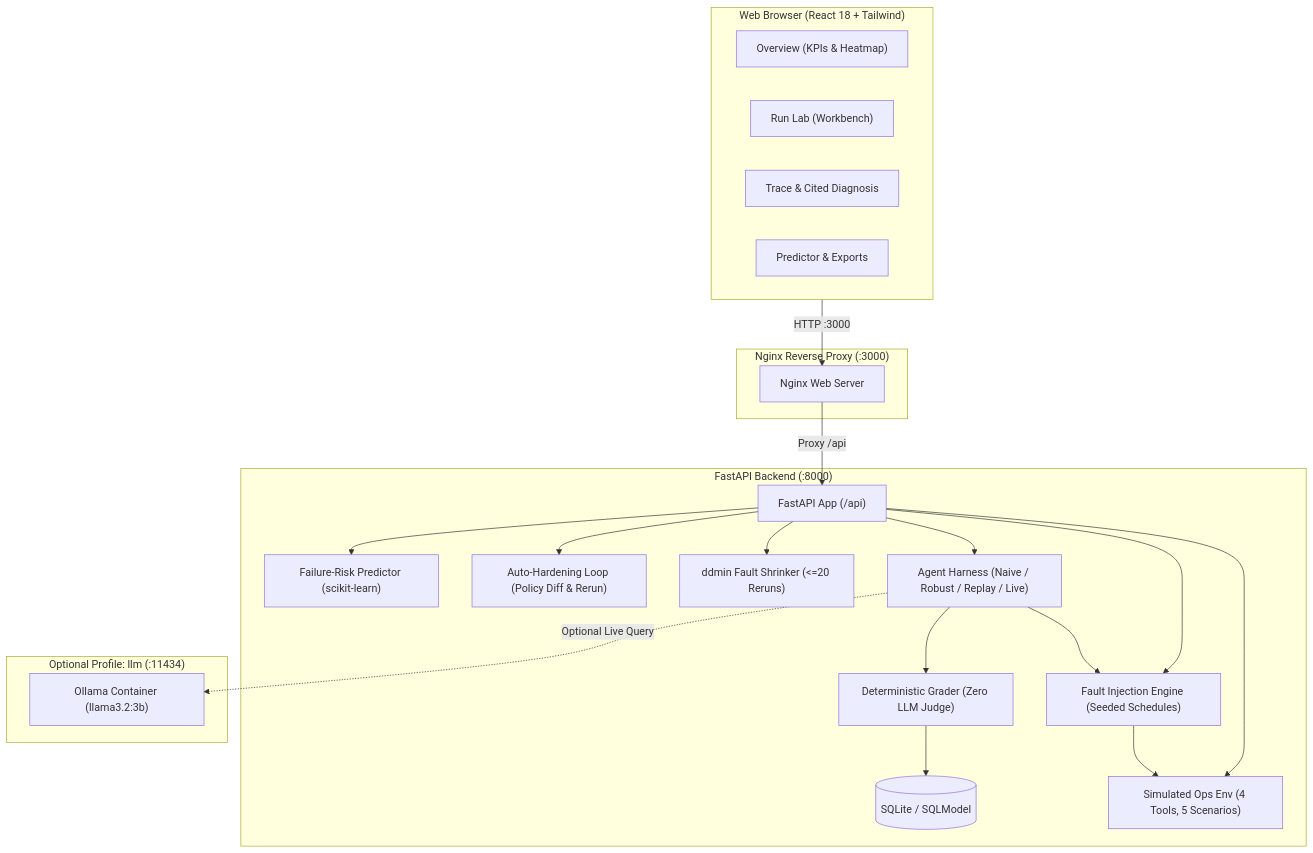
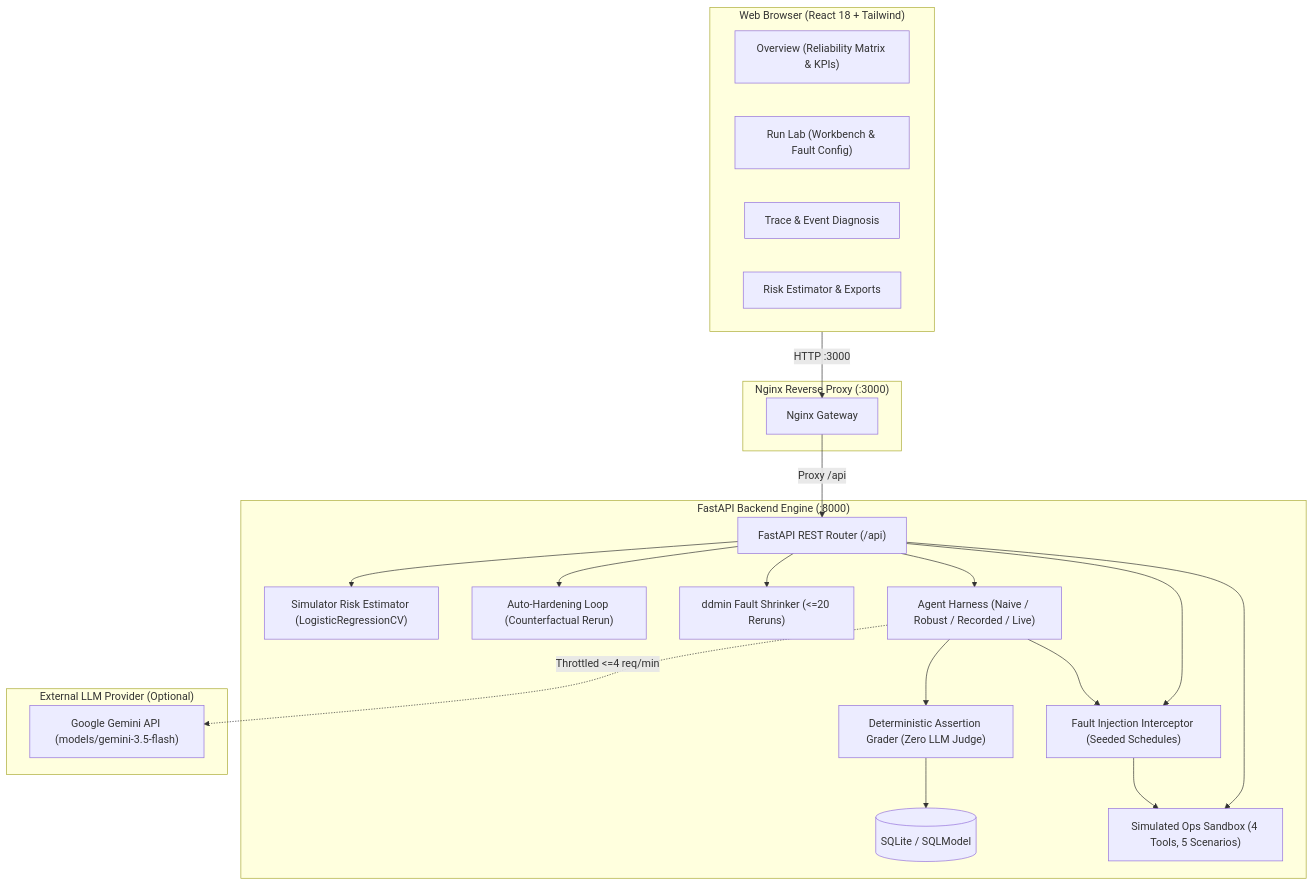
Before and after one commit to AryaSingh16/agentProbe: the diagram in README.md, drawn with Mermaid. The commit also changed other lines of this file and 6 other files, not shown here.

````diff
--- a/README.md
+++ b/README.md
@@ -9,43 +120,43 @@
 ```mermaid
 flowchart TD
     subgraph Client["Web Browser (React 18 + Tailwind)"]
-        UI_Overview["Overview (KPIs & Heatmap)"]
-        UI_Lab["Run Lab (Workbench)"]
-        UI_Trace["Trace & Cited Diagnosis"]
-        UI_Insights["Predictor & Exports"]
+        UI_Overview["Overview (Reliability Matrix & KPIs)"]
+        UI_Lab["Run Lab (Workbench & Fault Config)"]
+        UI_Trace["Trace & Event Diagnosis"]
+        UI_Insights["Risk Estimator & Exports"]
     end
 
     subgraph Gateway["Nginx Reverse Proxy (:3000)"]
-        Nginx["Nginx Web Server"]
+        Nginx["Nginx Gateway"]
     end
 
-    subgraph Backend["FastAPI Backend (:8000)"]
-        API["FastAPI App (/api)"]
-        Env["Simulated Ops Env (4 Tools, 5 Scenarios)"]
-        Faults["Fault Injection Engine (Seeded Schedules)"]
-        Agents["Agent Harness (Naive / Robust / Replay / Live)"]
-        Grader["Deterministic Grader (Zero LLM Judge)"]
+    subgraph Backend["FastAPI Backend Engine (:8000)"]
+        API["FastAPI REST Router (/api)"]
+        Env["Simulated Ops Sandbox (4 Tools, 5 Scenarios)"]
+        Faults["Fault Injection Interceptor (Seeded Schedules)"]
+        Agents["Agent Harness (Naive / Robust / Recorded / Live)"]
+        Grader["Deterministic Assertion Grader (Zero LLM Judge)"]
         Shrinker["ddmin Fault Shrinker (<=20 Reruns)"]
-        Hardener["Auto-Hardening Loop (Policy Diff & Rerun)"]
-        Predictor["Failure-Risk Predictor (scikit-learn)"]
+        Hardener["Auto-Hardening Loop (Counterfactual Rerun)"]
+        Predictor["Simulator Risk Estimator (LogisticRegressionCV)"]
         DB[(SQLite / SQLModel)]
     end
 
-    subgraph OptionalLLM["Optional Profile: llm (:11434)"]
-        Ollama["Ollama Container (llama3.2:3b)"]
+    subgraph External["External LLM Provider (Optional)"]
+        Gemini["Google Gemini API (models/gemini-3.5-flash)"]
     end
 
     Client -->|HTTP :3000| Nginx
     Nginx -->|Proxy /api| API
     API --> Env
     API --> Faults
     API --> Agents
     Agents --> Faults
     Faults --> Env
     Agents --> Grader
     Grader --> DB
     API --> Shrinker
     API --> Hardener
     API --> Predictor
-    Agents -.->|Optional Live Query| Ollama
+    Agents -.->|Throttled <=4 req/min| Gemini
 ```
````
